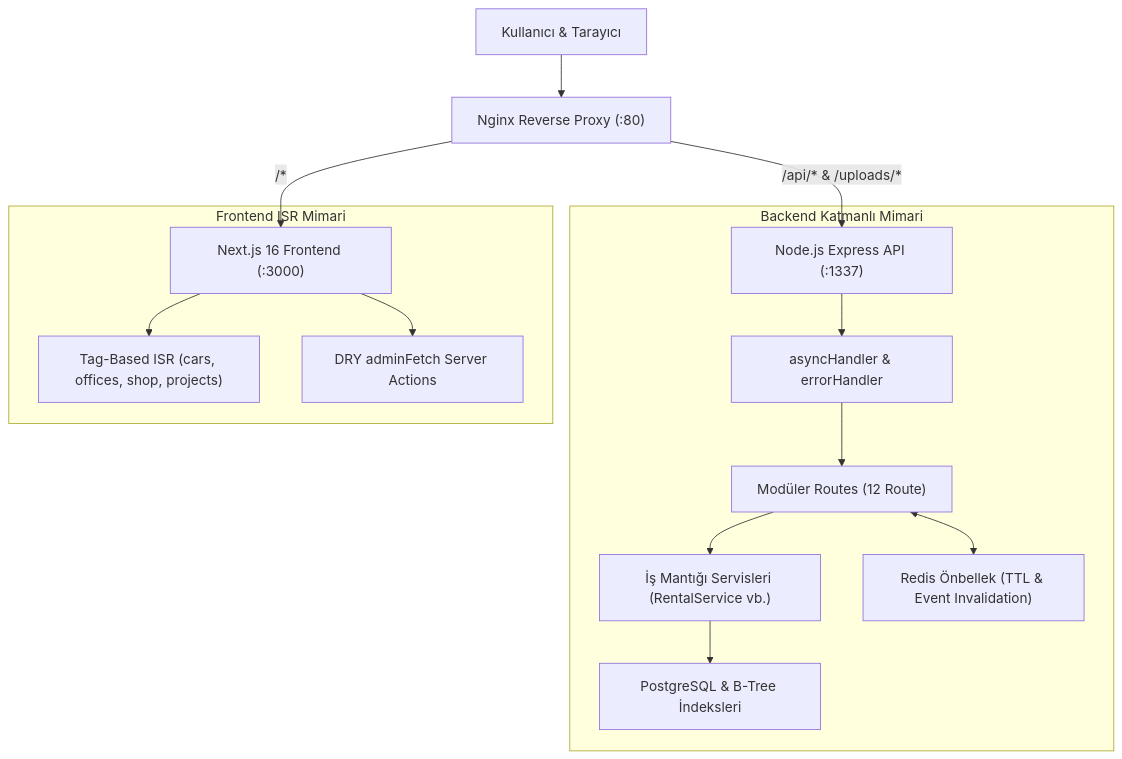
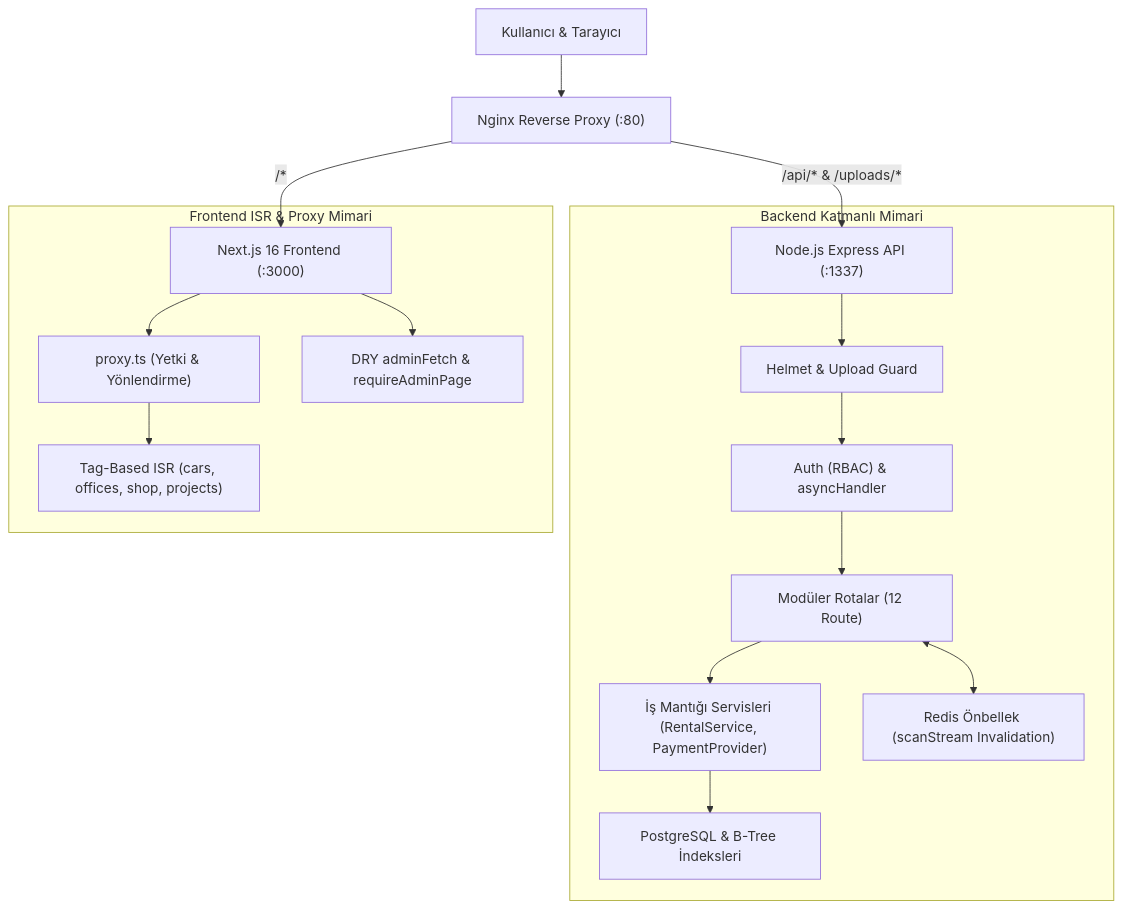
The diagram in README.md (kutay812/automotive-ecosystem), drawn with Mermaid before and after one commit. The commit also changed other lines of this file and 952 other files, not shown here.

````diff
--- a/README.md
+++ b/README.md
@@ -46,19 +49,21 @@
 ```mermaid
 graph TD
     Client["Kullanıcı & Tarayıcı"] --> Nginx["Nginx Reverse Proxy (:80)"]
     Nginx -->|/api/* & /uploads/*| Backend["Node.js Express API (:1337)"]
     Nginx -->|/*| Frontend["Next.js 16 Frontend (:3000)"]
     
     subgraph Backend_Architecture["Backend Katmanlı Mimari"]
-        Backend --> Middlewares["asyncHandler & errorHandler"]
-        Middlewares --> Routes["Modüler Routes (12 Route)"]
-        Routes --> Services["İş Mantığı Servisleri (RentalService vb.)"]
+        Backend --> Helmet["Helmet & Upload Guard"]
+        Helmet --> Middlewares["Auth (RBAC) & asyncHandler"]
+        Middlewares --> Routes["Modüler Rotalar (12 Route)"]
+        Routes --> Services["İş Mantığı Servisleri (RentalService, PaymentProvider)"]
         Services --> DB_Layer["PostgreSQL & B-Tree İndeksleri"]
-        Routes <--> Redis_Cache["Redis Önbellek (TTL & Event Invalidation)"]
+        Routes <--> Redis_Cache["Redis Önbellek (scanStream Invalidation)"]
     end
     
-    subgraph Frontend_Architecture["Frontend ISR Mimari"]
-        Frontend --> TagCache["Tag-Based ISR (cars, offices, shop, projects)"]
-        Frontend --> AdminFetch["DRY adminFetch<T> Server Actions"]
+    subgraph Frontend_Architecture["Frontend ISR & Proxy Mimari"]
+        Frontend --> Proxy["proxy.ts (Yetki & Yönlendirme)"]
+        Proxy --> TagCache["Tag-Based ISR (cars, offices, shop, projects)"]
+        Frontend --> AdminFetch["DRY adminFetch<T> & requireAdminPage"]
     end
 ```
````
